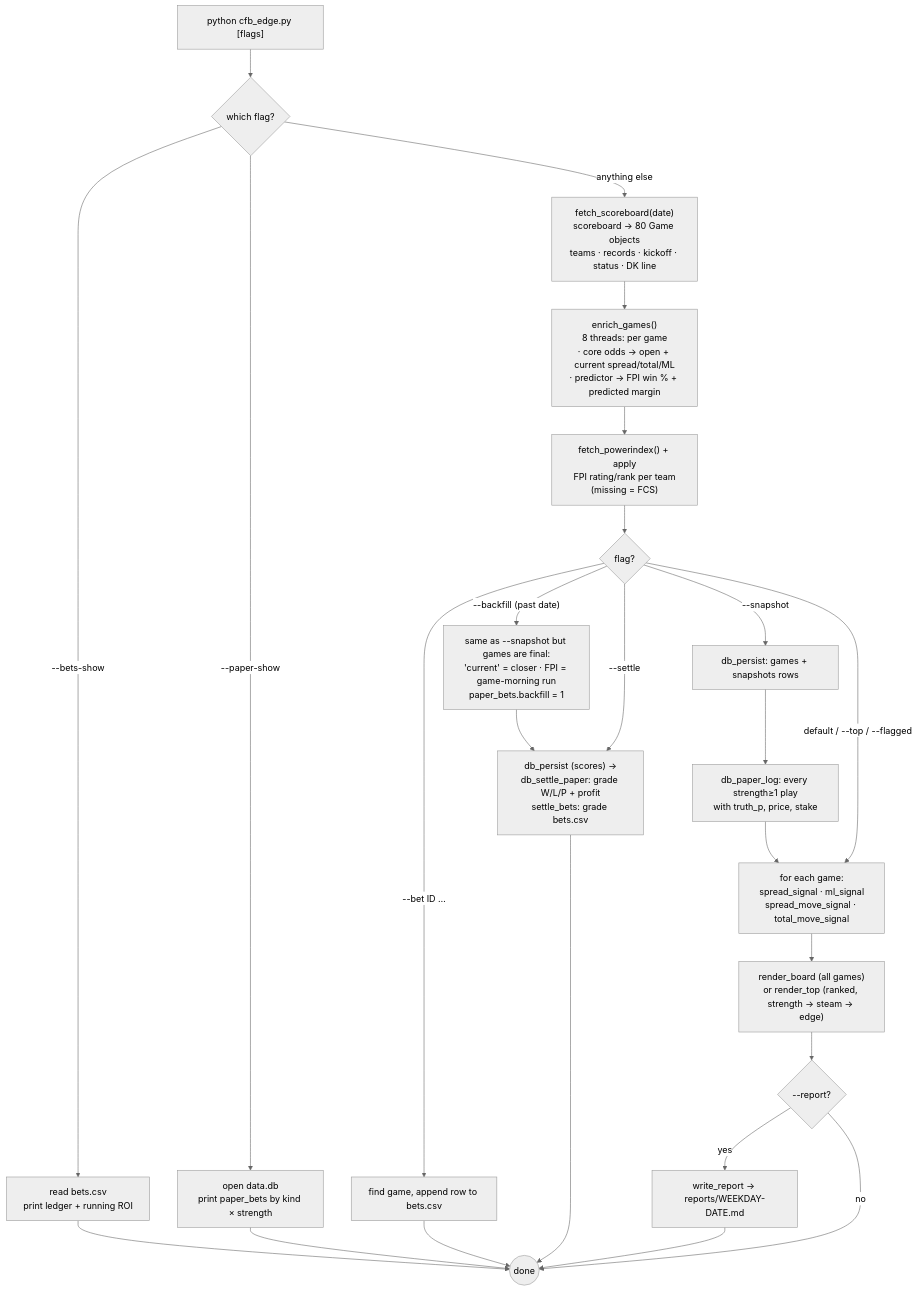
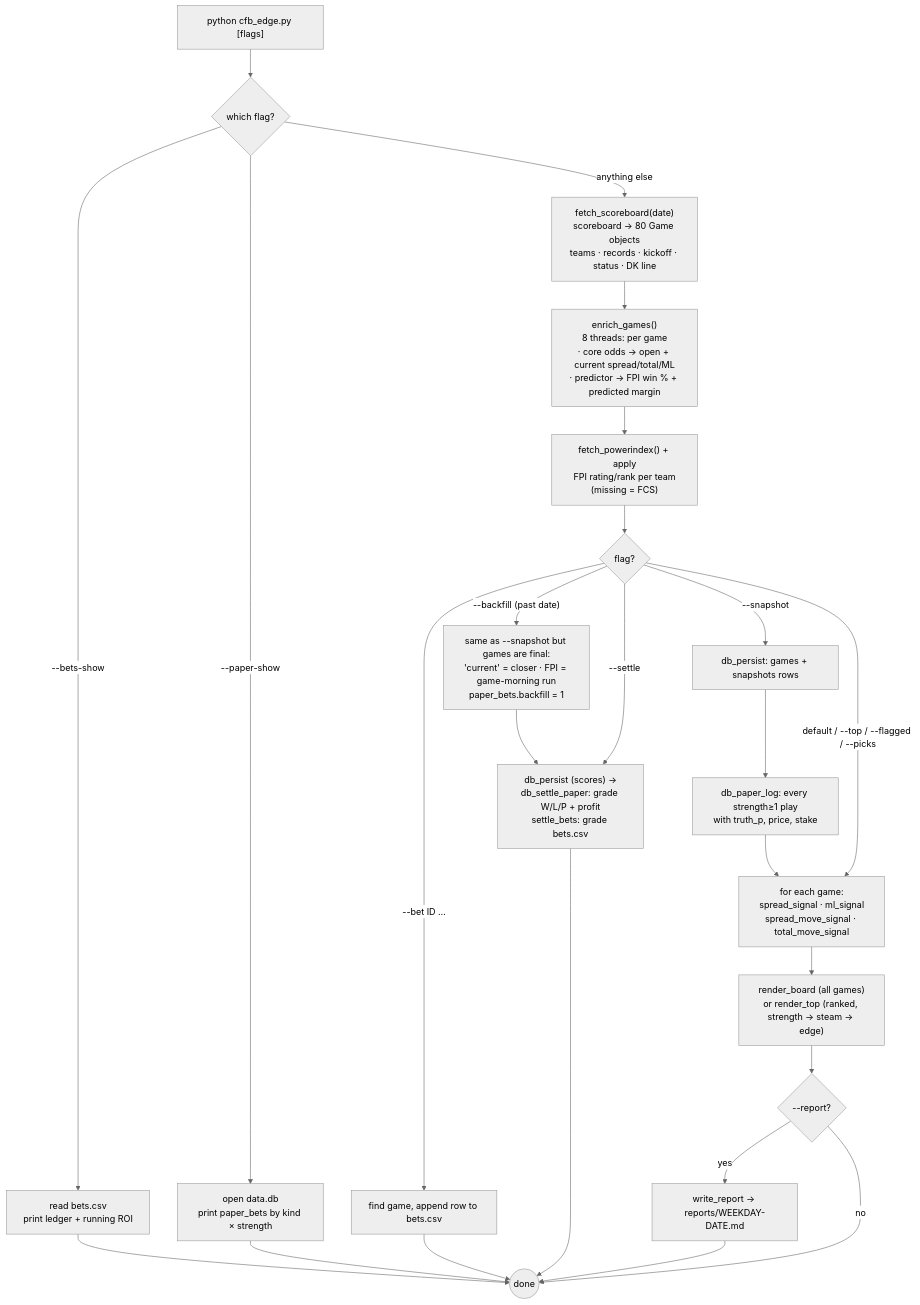
Before and after one commit to wbp318/cfb_2026: the second of 12 diagrams in README.md, drawn with Mermaid (neutral theme). The commit also changed other lines of this file, not shown here.

First line of the commit message:
README tune-up: --picks in quick start, release step, morning worked example, CI/dependabot notes

````diff
--- a/README.md
+++ b/README.md
@@ -205,24 +215,24 @@
 ```mermaid
 flowchart TD
     START["python cfb_edge.py [flags]"] --> ARGS{"which flag?"}
 
     ARGS -->|"--bets-show"| BS["read bets.csv\nprint ledger + running ROI"] --> END
     ARGS -->|"--paper-show"| PS["open data.db\nprint paper_bets by kind × strength"] --> END
 
     ARGS -->|"anything else"| F1["fetch_scoreboard(date)\nscoreboard → 80 Game objects\nteams · records · kickoff · status · DK line"]
     F1 --> F2["enrich_games()\n8 threads: per game\n· core odds → open + current spread/total/ML\n· predictor → FPI win % + predicted margin"]
     F2 --> F3["fetch_powerindex() + apply\nFPI rating/rank per team\n(missing = FCS)"]
     F3 --> BRANCH{"flag?"}
 
     BRANCH -->|"--bet ID …"| B1["find game, append row to bets.csv"] --> END
 
     BRANCH -->|"--snapshot"| S1["db_persist: games + snapshots rows"] --> S2["db_paper_log: every strength≥1 play\nwith truth_p, price, stake"] --> RENDER
     BRANCH -->|"--backfill (past date)"| BF["same as --snapshot but games are final:\n'current' = closer · FPI = game-morning run\npaper_bets.backfill = 1"] --> ST
     BRANCH -->|"--settle"| ST["db_persist (scores) →\ndb_settle_paper: grade W/L/P + profit\nsettle_bets: grade bets.csv"] --> END
-    BRANCH -->|"default / --top / --flagged"| RENDER
+    BRANCH -->|"default / --top / --flagged / --picks"| RENDER
 
     RENDER["for each game:\nspread_signal · ml_signal\nspread_move_signal · total_move_signal"] --> R1["render_board (all games)\nor render_top (ranked, strength → steam → edge)"]
     R1 --> REP{"--report?"}
     REP -->|yes| W["write_report → reports/WEEKDAY-DATE.md"] --> END
     REP -->|no| END((done))
 ```
````
